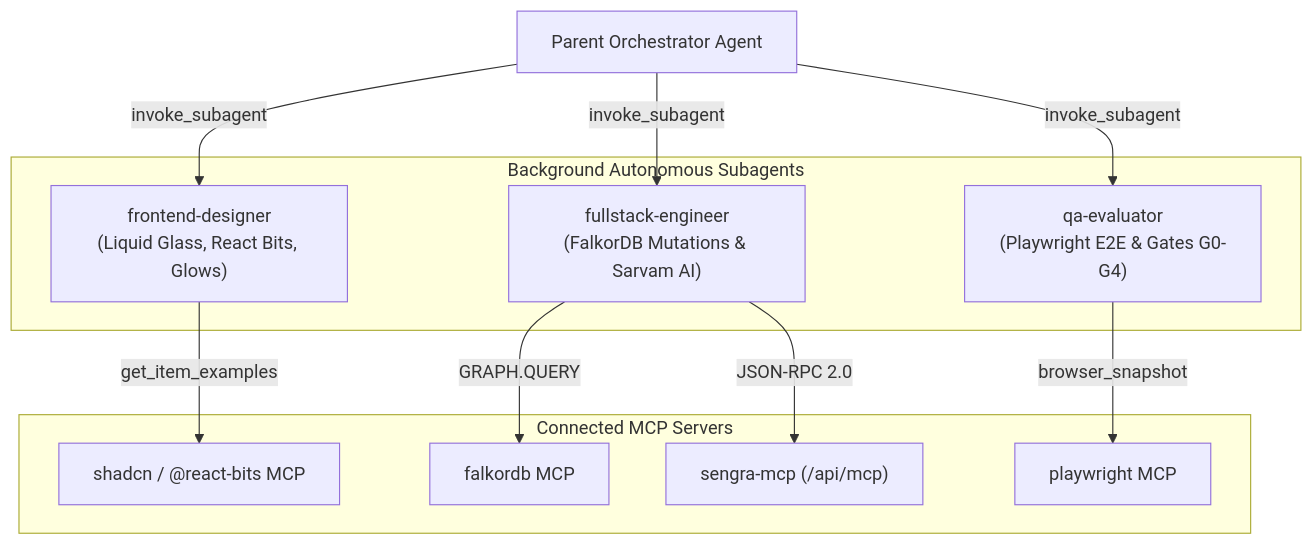
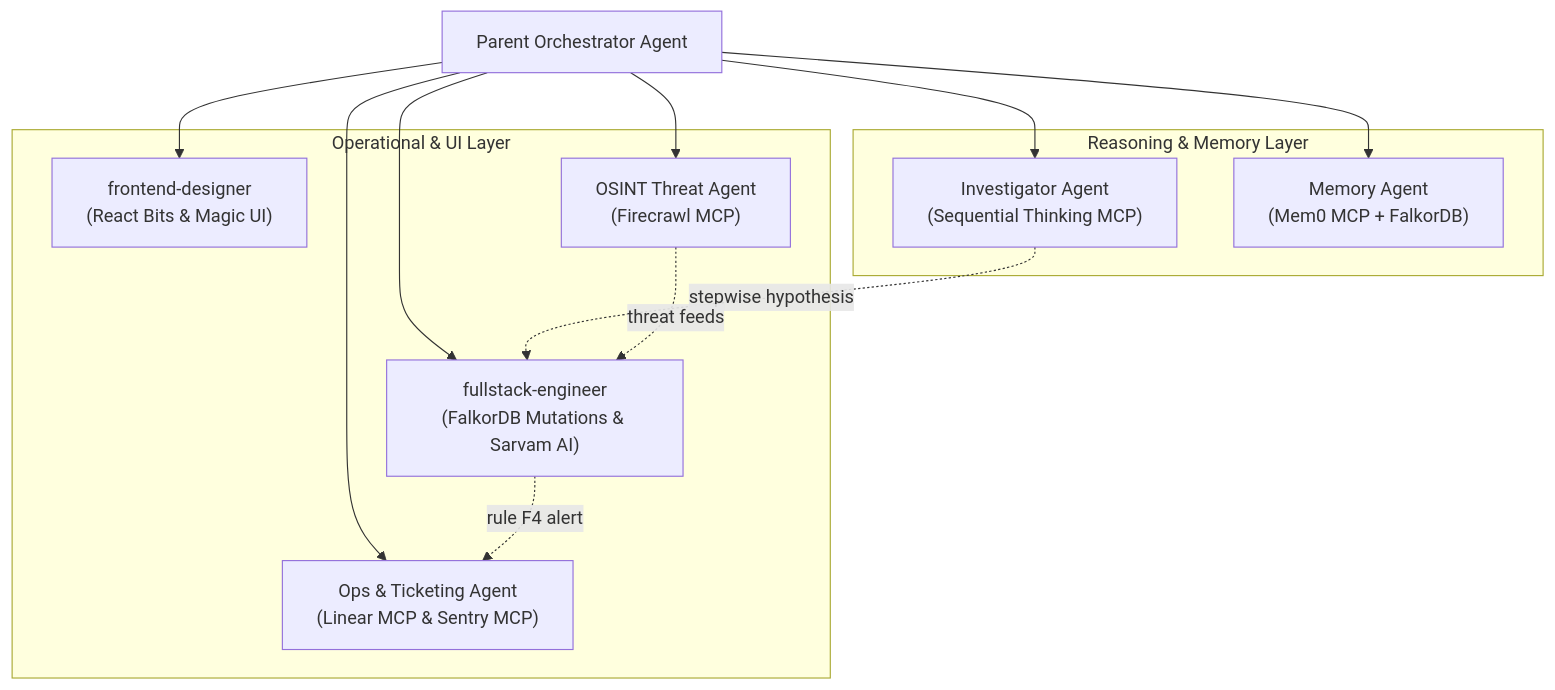
Before and after one commit to Precise-Goals/sengra: the diagram in mcpguide.md, drawn with Mermaid. The commit also changed other lines of this file and 4 other files, not shown here.

Commit message:
feat(mcp): connect Mem0, Sequential Thinking, Sentry, Linear, and Firecrawl MCP servers and publish specifications

````diff
--- a/mcpguide.md
+++ b/mcpguide.md
@@ -141,26 +198,27 @@
 ```mermaid
 flowchart TD
     Orchestrator["Parent Orchestrator Agent"]
     
-    subgraph Background_Subagents ["Background Autonomous Subagents"]
-        FrontendAgent["frontend-designer\n(Liquid Glass, React Bits, Glows)"]
+    subgraph Reasoning_Core ["Reasoning & Memory Layer"]
+        SeqAgent["Investigator Agent\n(Sequential Thinking MCP)"]
+        MemAgent["Memory Agent\n(Mem0 MCP + FalkorDB)"]
+    end
+
+    subgraph Operations_Core ["Operational & UI Layer"]
+        FrontendAgent["frontend-designer\n(React Bits & Magic UI)"]
         FullstackAgent["fullstack-engineer\n(FalkorDB Mutations & Sarvam AI)"]
-        QAAgent["qa-evaluator\n(Playwright E2E & Gates G0-G4)"]
+        OpsAgent["Ops & Ticketing Agent\n(Linear MCP & Sentry MCP)"]
+        IntelAgent["OSINT Threat Agent\n(Firecrawl MCP)"]
     end
     
-    subgraph Connected_MCPs ["Connected MCP Servers"]
-        MCP_Shadcn["shadcn / @react-bits MCP"]
-        MCP_Falkor["falkordb MCP"]
-        MCP_Playwright["playwright MCP"]
-        MCP_Sengra["sengra-mcp (/api/mcp)"]
-    end
+    Orchestrator --> SeqAgent
+    Orchestrator --> MemAgent
+    Orchestrator --> FrontendAgent
+    Orchestrator --> FullstackAgent
+    Orchestrator --> OpsAgent
+    Orchestrator --> IntelAgent
     
-    Orchestrator -->|invoke_subagent| FrontendAgent
-    Orchestrator -->|invoke_subagent| FullstackAgent
-    Orchestrator -->|invoke_subagent| QAAgent
-    
-    FrontendAgent -->|get_item_examples| MCP_Shadcn
-    FullstackAgent -->|GRAPH.QUERY| MCP_Falkor
-    FullstackAgent -->|JSON-RPC 2.0| MCP_Sengra
-    QAAgent -->|browser_snapshot| MCP_Playwright
+    SeqAgent -.->|stepwise hypothesis| FullstackAgent
+    IntelAgent -.->|threat feeds| FullstackAgent
+    FullstackAgent -.->|rule F4 alert| OpsAgent
 ```
````
